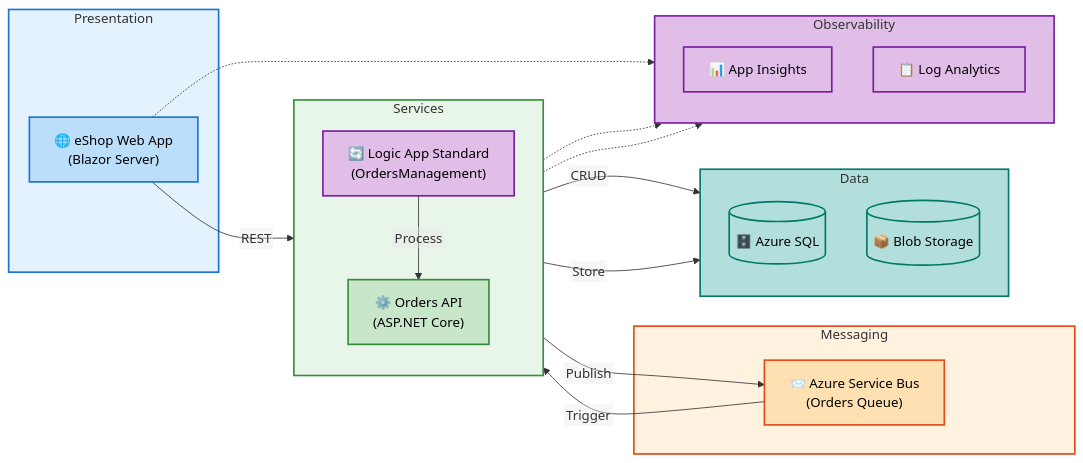
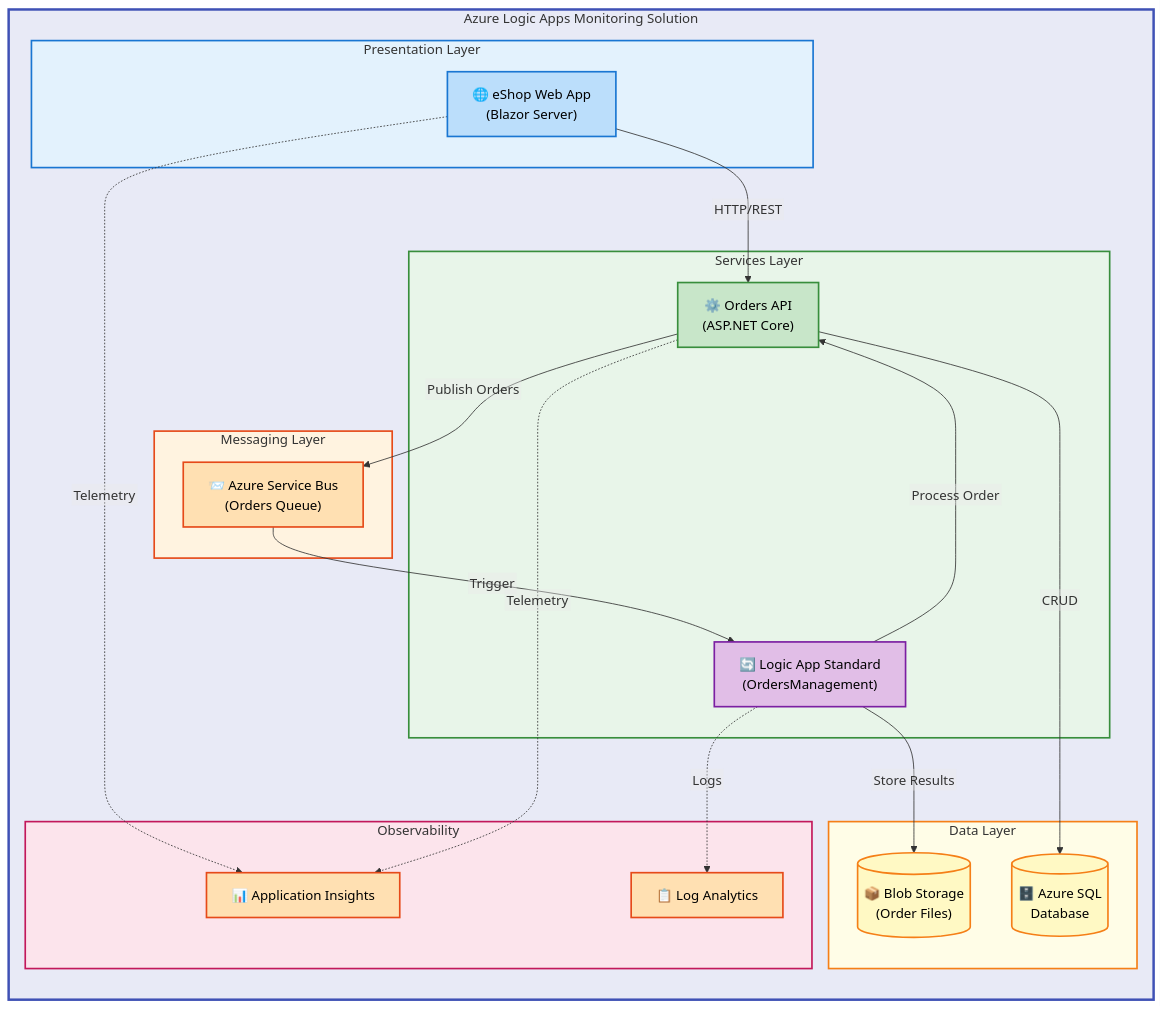
Before and after one commit to Evilazaro/Azure-LogicApps-Monitoring: the diagram in README.md, drawn with Mermaid.

Commit message:
Refactor README.md: update flowchart structure and improve layer naming for clarity

````diff
--- a/README.md
+++ b/README.md
@@ -38,55 +38,54 @@
 ```mermaid
 %%{init: {"flowchart": {"htmlLabels": false}} }%%
-flowchart LR
-    %% Color Classes
-    classDef blue fill:#BBDEFB,stroke:#1976D2,stroke-width:2px,color:#000
-    classDef green fill:#C8E6C9,stroke:#388E3C,stroke-width:2px,color:#000
-    classDef orange fill:#FFE0B2,stroke:#E64A19,stroke-width:2px,color:#000
-    classDef purple fill:#E1BEE7,stroke:#7B1FA2,stroke-width:2px,color:#000
-    classDef teal fill:#B2DFDB,stroke:#00796B,stroke-width:2px,color:#000
+flowchart TB
+    classDef mdBlue fill:#BBDEFB,stroke:#1976D2,stroke-width:2px,color:#000
+    classDef mdGreen fill:#C8E6C9,stroke:#388E3C,stroke-width:2px,color:#000
+    classDef mdOrange fill:#FFE0B2,stroke:#E64A19,stroke-width:2px,color:#000
+    classDef mdPurple fill:#E1BEE7,stroke:#7B1FA2,stroke-width:2px,color:#000
+    classDef mdYellow fill:#FFF9C4,stroke:#F57F17,stroke-width:2px,color:#000
 
-    subgraph presentation["Presentation"]
-        webApp["🌐 eShop Web App<br/>(Blazor Server)"]:::blue
+    subgraph system["Azure Logic Apps Monitoring Solution"]
+        direction TB
+
+        subgraph presentation["Presentation Layer"]
+            webApp["🌐 eShop Web App<br/>(Blazor Server)"]:::mdBlue
+        end
+
+        subgraph services["Services Layer"]
+            ordersApi["⚙️ Orders API<br/>(ASP.NET Core)"]:::mdGreen
+            logicApp["🔄 Logic App Standard<br/>(OrdersManagement)"]:::mdPurple
+        end
+
+        subgraph messaging["Messaging Layer"]
+            serviceBus["📨 Azure Service Bus<br/>(Orders Queue)"]:::mdOrange
+        end
+
+        subgraph data["Data Layer"]
+            sqlDb[("🗄️ Azure SQL<br/>Database")]:::mdYellow
+            blobStorage[("📦 Blob Storage<br/>(Order Files)")]:::mdYellow
+        end
+
+        subgraph observability["Observability"]
+            appInsights["📊 Application Insights"]:::mdOrange
+            logAnalytics["📋 Log Analytics"]:::mdOrange
+        end
+
+        webApp -->|"HTTP/REST"| ordersApi
+        ordersApi -->|"Publish Orders"| serviceBus
+        serviceBus -->|"Trigger"| logicApp
+        logicApp -->|"Process Order"| ordersApi
+        logicApp -->|"Store Results"| blobStorage
+        ordersApi -->|"CRUD"| sqlDb
+
+        webApp -.->|"Telemetry"| appInsights
+        ordersApi -.->|"Telemetry"| appInsights
+        logicApp -.->|"Logs"| logAnalytics
     end
 
-    subgraph services["Services"]
-        direction TB
-        ordersApi["⚙️ Orders API<br/>(ASP.NET Core)"]:::green
-        logicApp["🔄 Logic App Standard<br/>(OrdersManagement)"]:::purple
-    end
-
-    subgraph messaging["Messaging"]
-        serviceBus["📨 Azure Service Bus<br/>(Orders Queue)"]:::orange
-    end
-
-    subgraph storage["Data"]
-        direction TB
-        sqlDb[("🗄️ Azure SQL")]:::teal
-        blobStorage[("📦 Blob Storage")]:::teal
-    end
-
-    subgraph observability["Observability"]
-        direction TB
-        appInsights["📊 App Insights"]:::purple
-        logAnalytics["📋 Log Analytics"]:::purple
-    end
-
-    %% Main Flow
-    webApp -->|"REST"| ordersApi
-    ordersApi -->|"Publish"| serviceBus
-    serviceBus -->|"Trigger"| logicApp
-    logicApp -->|"Process"| ordersApi
-    ordersApi -->|"CRUD"| sqlDb
-    logicApp -->|"Store"| blobStorage
-
-    %% Telemetry
-    webApp -.-> appInsights
-    ordersApi -.-> appInsights
-    logicApp -.-> logAnalytics
-
+    style system fill:#E8EAF6,stroke:#3F51B5,stroke-width:3px
     style presentation fill:#E3F2FD,stroke:#1976D2,stroke-width:2px
     style services fill:#E8F5E9,stroke:#388E3C,stroke-width:2px
     style messaging fill:#FFF3E0,stroke:#E64A19,stroke-width:2px
-    style storage fill:#B2DFDB,stroke:#00796B,stroke-width:2px
-    style observability fill:#E1BEE7,stroke:#7B1FA2,stroke-width:2px
+    style data fill:#FFFDE7,stroke:#F57F17,stroke-width:2px
+    style observability fill:#FCE4EC,stroke:#C2185B,stroke-width:2px
 ```
````
